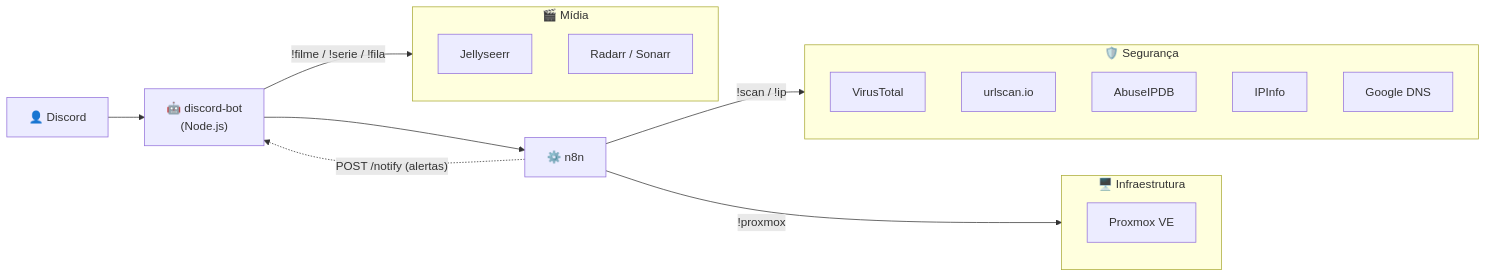
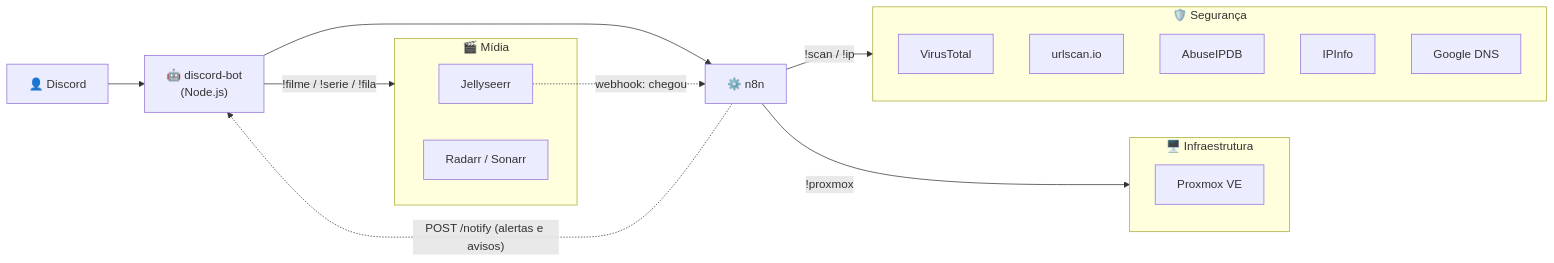
Before and after one commit to xFnd/homelab-automations: the diagram in README.md, drawn with Mermaid. The commit also changed other lines of this file and 4 other files, not shown here.

````diff
--- a/README.md
+++ b/README.md
@@ -15,27 +15,28 @@
 ```mermaid
 flowchart LR
     U["👤 Discord"] --> B["🤖 discord-bot<br/>(Node.js)"]
     B --> N["⚙️ n8n"]
-    N -. "POST /notify (alertas)" .-> B
+    N -. "POST /notify (alertas e avisos)" .-> B
 
     subgraph SEC["🛡️ Segurança"]
         VT["VirusTotal"]
         US["urlscan.io"]
         AB["AbuseIPDB"]
         II["IPInfo"]
         DNS["Google DNS"]
     end
 
     subgraph INF["🖥️ Infraestrutura"]
         PVE["Proxmox VE"]
     end
 
     subgraph MED["🎬 Mídia"]
         J["Jellyseerr"]
         AR["Radarr / Sonarr"]
     end
 
     N -->|"!scan / !ip"| SEC
     N -->|"!proxmox"| INF
     B -->|"!filme / !serie / !fila"| MED
+    J -. "webhook: chegou" .-> N
 ```
````
